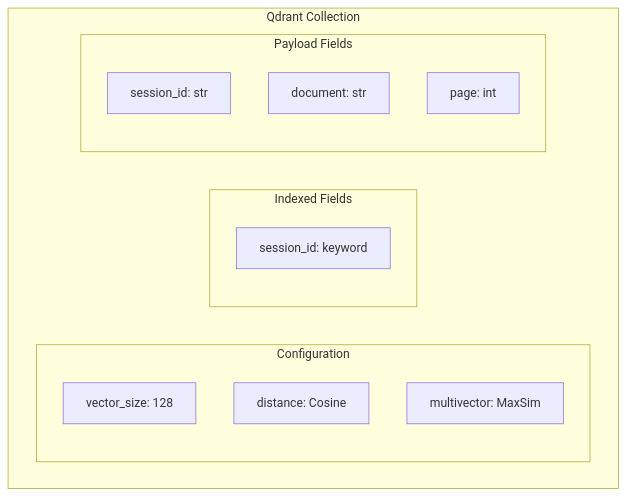
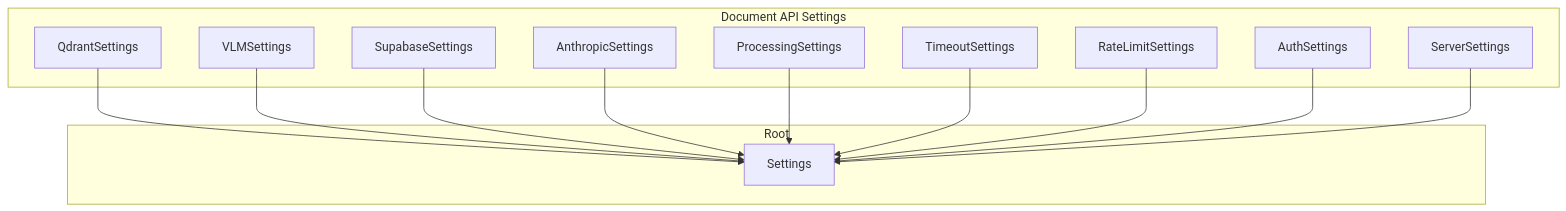
Before and after one commit to akosgintl/colpali-rag-app: the second of 2 diagrams in docs/configuration.md, drawn with Mermaid. The commit also changed other lines of this file and 84 other files, not shown here.

Commit message:
refactored to document-api and colpali-vlm projects

````diff
--- a/docs/configuration.md
+++ b/docs/configuration.md
@@ -323,20 +110,28 @@
 ```mermaid
 graph TD
-    subgraph Collection["Qdrant Collection"]
-        subgraph Config["Configuration"]
-            VS["vector_size: 128"]
-            DM["distance: Cosine"]
-            MV["multivector: MaxSim"]
-        end
+    subgraph Settings["Document API Settings"]
+        QS["QdrantSettings"]
+        VS["VLMSettings"]
+        SS["SupabaseSettings"]
+        AS["AnthropicSettings"]
+        PS["ProcessingSettings"]
+        TS["TimeoutSettings"]
+        RLS["RateLimitSettings"]
+        AUTH["AuthSettings"]
+        SRV["ServerSettings"]
+    end
 
-        subgraph Index["Indexed Fields"]
-            SID["session_id: keyword"]
-        end
+    subgraph Root["Root"]
+        RS["Settings"]
+    end
 
-        subgraph Payload["Payload Fields"]
-            F1["session_id: str"]
-            F2["document: str"]
-            F3["page: int"]
-        end
-    end
+    QS --> RS
+    VS --> RS
+    SS --> RS
+    AS --> RS
+    PS --> RS
+    TS --> RS
+    RLS --> RS
+    AUTH --> RS
+    SRV --> RS
 ```
````
